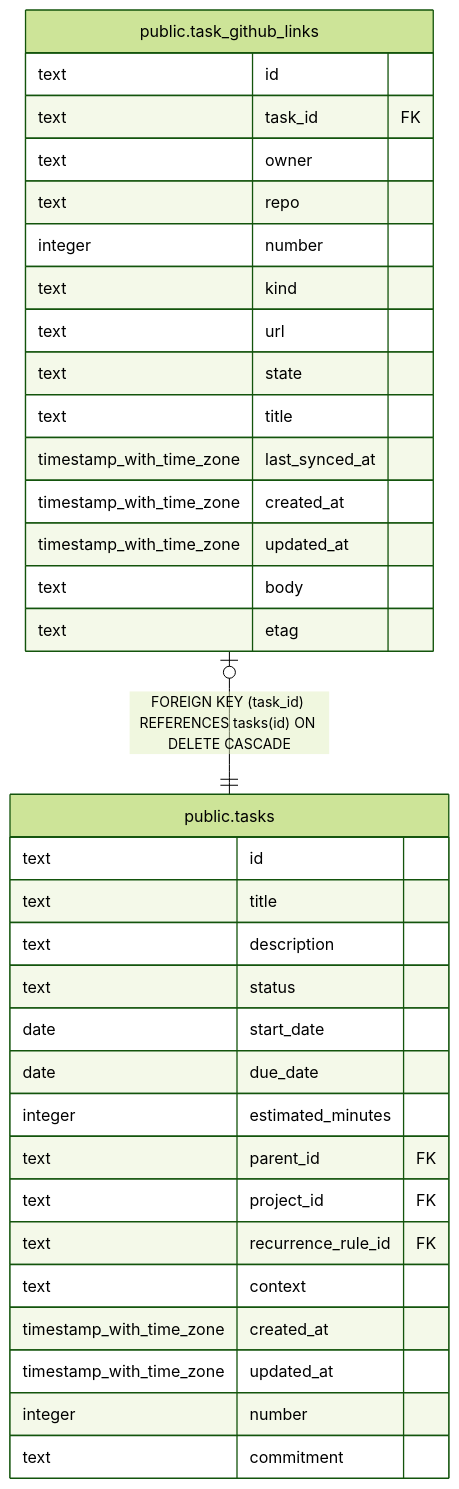
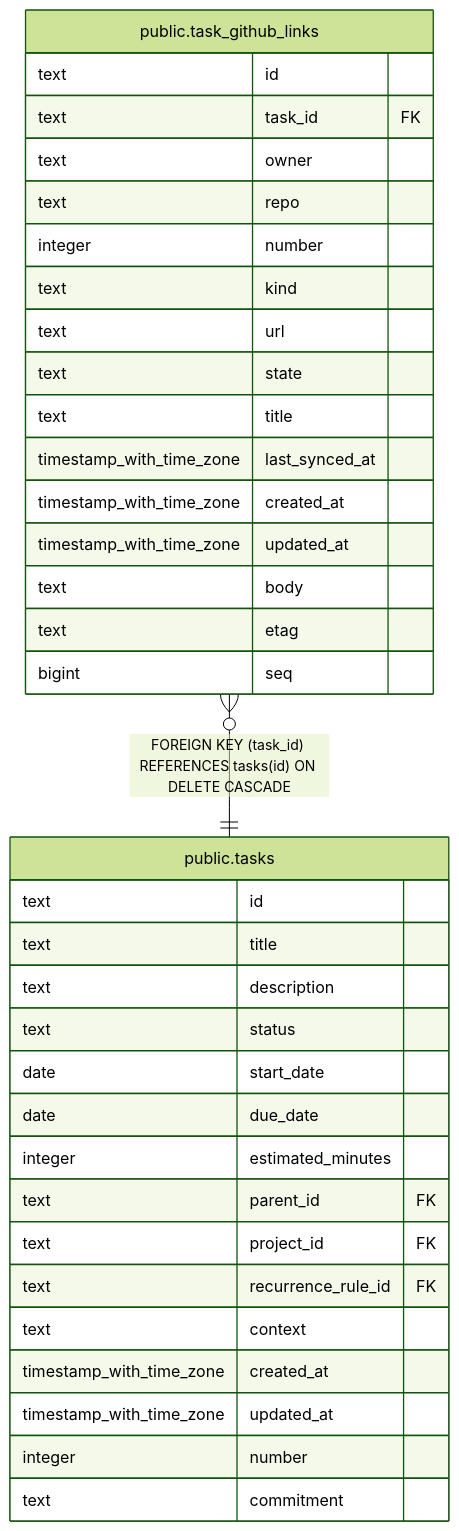
The diagram in docs/db/public.task_github_links.md (fohte/tq), drawn with Mermaid (forest theme) before and after one commit. The commit also changed other lines of this file and 81 other files, not shown here.

Commit message:
api: allow associating multiple GitHub links with a single task (#509)

````diff
--- a/docs/db/public.task_github_links.md
+++ b/docs/db/public.task_github_links.md
@@ -42,39 +42,40 @@
 ```mermaid
 erDiagram
 
-"public.task_github_links" |o--|| "public.tasks" : "FOREIGN KEY (task_id) REFERENCES tasks(id) ON DELETE CASCADE"
+"public.task_github_links" }o--|| "public.tasks" : "FOREIGN KEY (task_id) REFERENCES tasks(id) ON DELETE CASCADE"
 
 "public.task_github_links" {
   text id
   text task_id FK
   text owner
   text repo
   integer number
   text kind
   text url
   text state
   text title
   timestamp_with_time_zone last_synced_at
   timestamp_with_time_zone created_at
   timestamp_with_time_zone updated_at
   text body
   text etag
+  bigint seq
 }
 "public.tasks" {
   text id
   text title
   text description
   text status
   date start_date
   date due_date
   integer estimated_minutes
   text parent_id FK
   text project_id FK
   text recurrence_rule_id FK
   text context
   timestamp_with_time_zone created_at
   timestamp_with_time_zone updated_at
   integer number
   text commitment
 }
 ```
````
